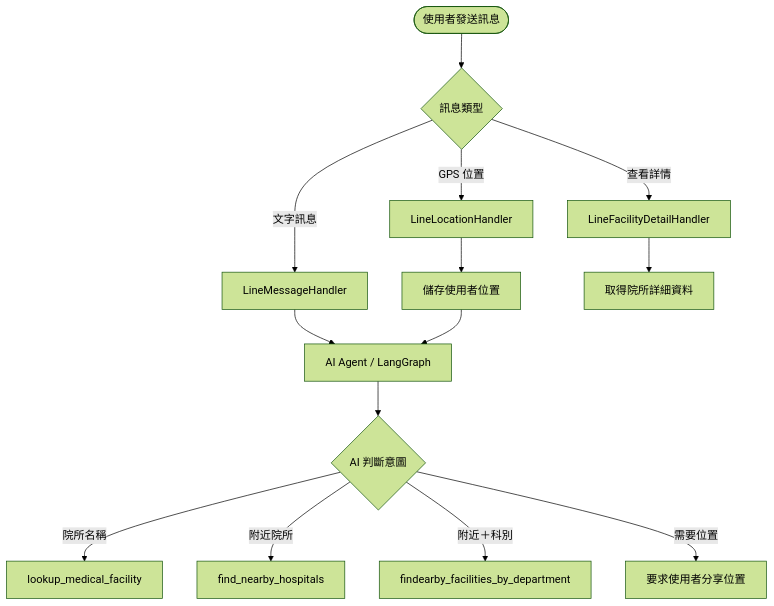
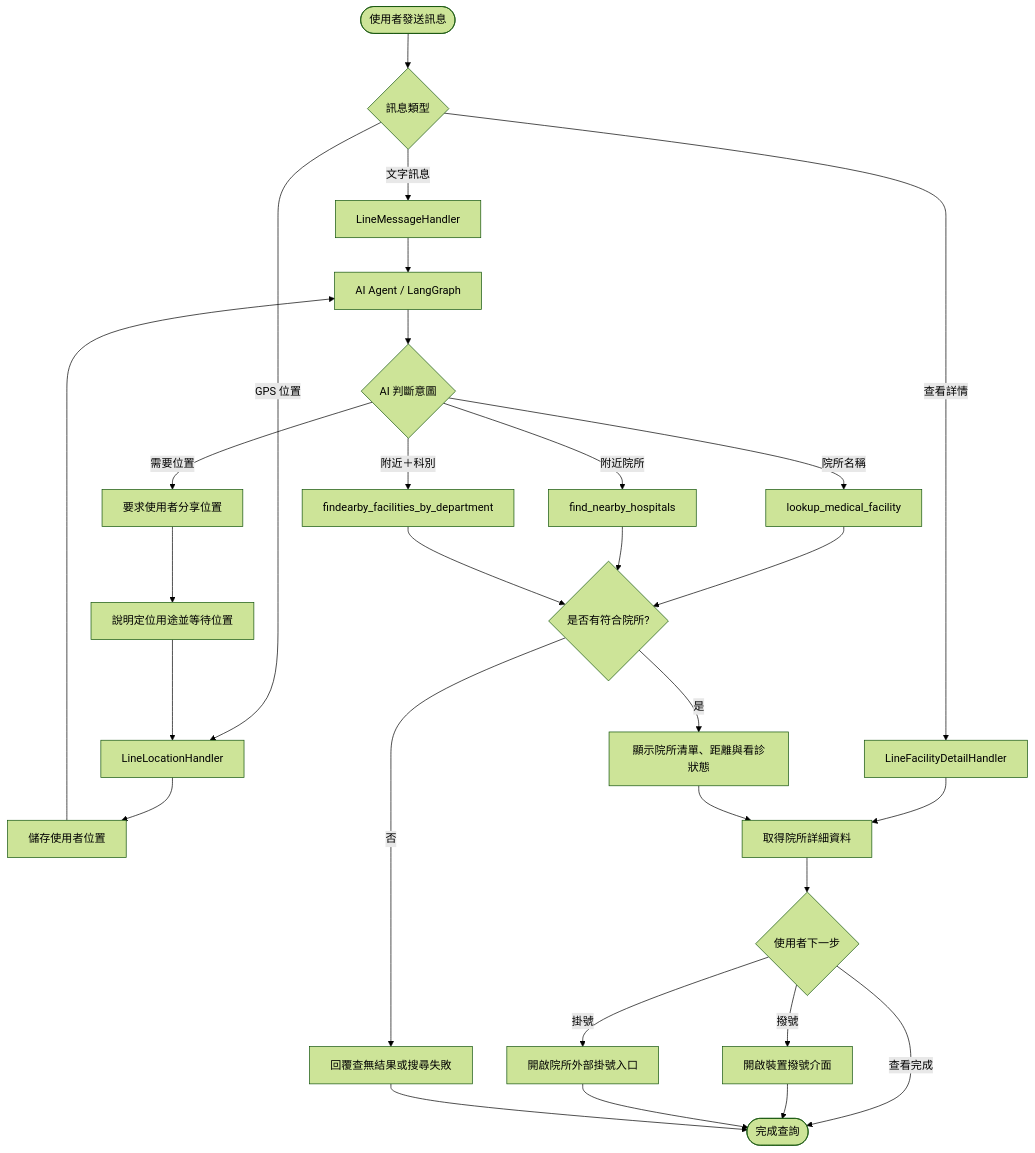
Before and after one commit to Yanagi-0912/CARE-Documents: the eighth of 27 diagrams in 系統設計文件(SDD).md, drawn with Mermaid (forest theme). The commit also changed other lines of this file and 1 other file, not shown here.

Commit message:
更新mermaid

````diff
--- a/系統設計文件(SDD).md
+++ b/系統設計文件(SDD).md
@@ -480,19 +528,34 @@
 ```mermaid
 flowchart TD
     Start(["使用者發送訊息"]) --> CheckMsgType{"訊息類型"}
 
     CheckMsgType -->|文字訊息| TextHandler["LineMessageHandler"]
     CheckMsgType -->|GPS 位置| LocationHandler["LineLocationHandler"]
     CheckMsgType -->|查看詳情| PostbackHandler["LineFacilityDetailHandler"]
 
     TextHandler --> Agent["AI Agent / LangGraph"]
     LocationHandler --> SaveLoc["儲存使用者位置"]
     SaveLoc --> Agent
 
     Agent --> ToolDecision{"AI 判斷意圖"}
     ToolDecision -->|院所名稱| LookupMedicalFacility["lookup_medical_facility"]
     ToolDecision -->|附近院所| FindNearbyHospital["find_nearby_hospitals"]
     ToolDecision -->|附近＋科別| ToolDept["findearby_facilities_by_department"]
     ToolDecision -->|需要位置| ToolReqLoc["要求使用者分享位置"]
     PostbackHandler --> Detail["取得院所詳細資料"]
+    LookupMedicalFacility --> SearchResult{"是否有符合院所?"}
+    FindNearbyHospital --> SearchResult
+    ToolDept --> SearchResult
+    ToolReqLoc --> LocationReply["說明定位用途並等待位置"]
+    LocationReply --> LocationHandler
+    SearchResult -->|否| Empty["回覆查無結果或搜尋失敗"]
+    SearchResult -->|是| Cards["顯示院所清單、距離與看診狀態"]
+    Cards --> Detail
+    Detail --> Actions{"使用者下一步"}
+    Actions -->|撥號| Dial["開啟裝置撥號介面"]
+    Actions -->|掛號| Register["開啟院所外部掛號入口"]
+    Actions -->|查看完成| Done(["完成查詢"])
+    Dial --> Done
+    Register --> Done
+    Empty --> Done
 ```
````
